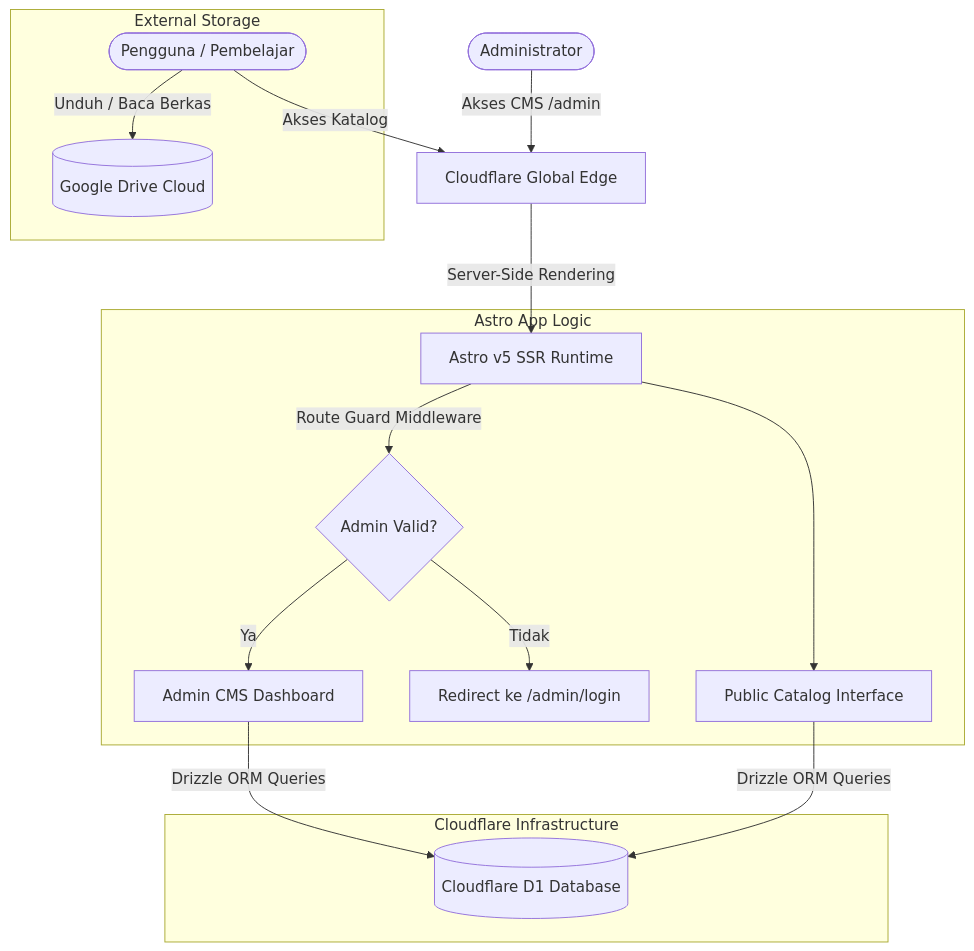
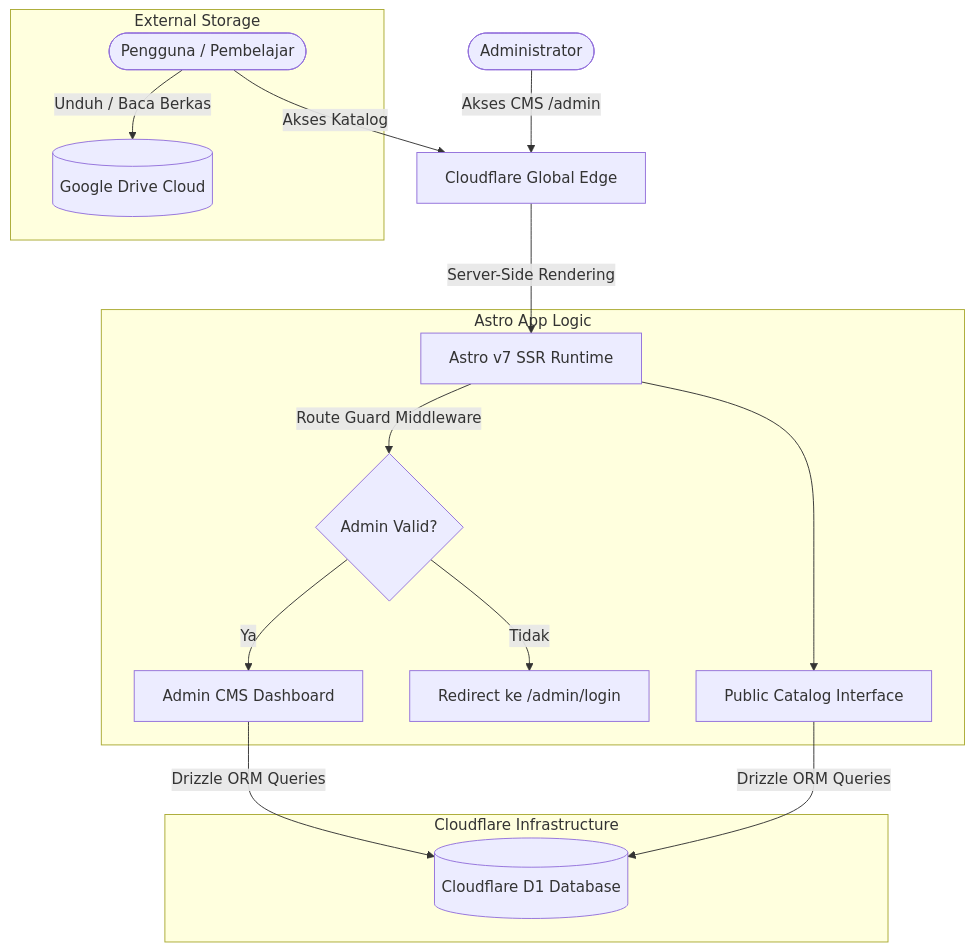
Before and after one commit to cirilalacture/Nihongo-Repo: the diagram in README.md, drawn with Mermaid. The commit also changed other lines of this file and 4 other files, not shown here.

````diff
--- a/README.md
+++ b/README.md
@@ -57,23 +57,23 @@
 ```mermaid
 flowchart TD
     User([Pengguna / Pembelajar]) -->|Akses Katalog| CDN[Cloudflare Global Edge]
     Admin([Administrator]) -->|Akses CMS /admin| CDN
 
-    CDN -->|Server-Side Rendering| AstroApp[Astro v5 SSR Runtime]
+    CDN -->|Server-Side Rendering| AstroApp[Astro v7 SSR Runtime]
     
     subgraph Astro App Logic
         AstroApp -->|Route Guard Middleware| AuthGuard{Admin Valid?}
         AuthGuard -->|Ya| AdminCMS[Admin CMS Dashboard]
         AuthGuard -->|Tidak| AdminLogin[Redirect ke /admin/login]
         AstroApp --> PublicCatalog[Public Catalog Interface]
     end
 
     subgraph Cloudflare Infrastructure
         AdminCMS -->|Drizzle ORM Queries| D1[(Cloudflare D1 Database)]
         PublicCatalog -->|Drizzle ORM Queries| D1
     end
 
     subgraph External Storage
         User -->|Unduh / Baca Berkas| GDrive[(Google Drive Cloud)]
     end
 ```
````
